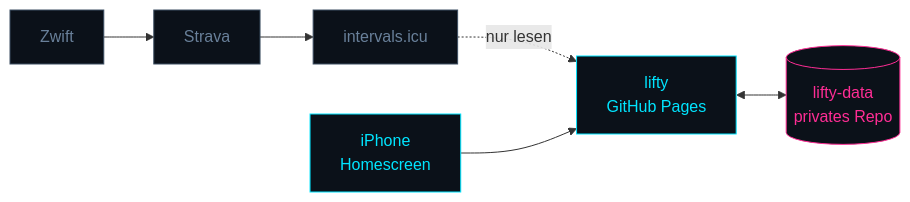
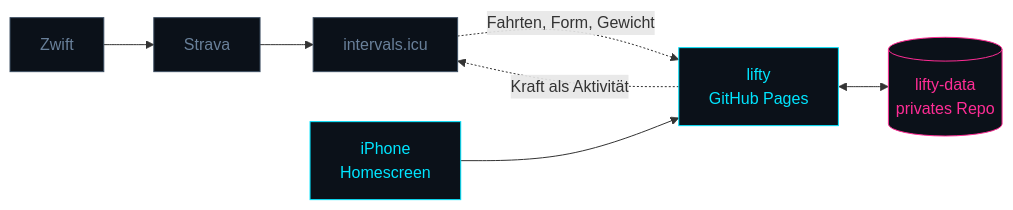
Before and after one commit to cyphomat/lifty: the first of 2 diagrams in README.md, drawn with Mermaid. The commit also changed other lines of this file, not shown here.

````diff
--- a/README.md
+++ b/README.md
@@ -21,15 +21,16 @@
 ```mermaid
 flowchart LR
   Z["Zwift"] --> S["Strava"]
   S --> I["intervals.icu"]
-  I -. nur lesen .-> A
+  I -. Fahrten, Form, Gewicht .-> A
+  A -. Kraft als Aktivität .-> I
   A["lifty<br/>GitHub Pages"] <--> D[("lifty-data<br/>privates Repo")]
   P["iPhone<br/>Homescreen"] --> A
 
   classDef fremd fill:#0b1119,stroke:#3d4f63,color:#69809a
   classDef eigen fill:#0b1119,stroke:#00e5ff,color:#00e5ff
   classDef daten fill:#0b1119,stroke:#ff2d95,color:#ff2d95
   class Z,S,I fremd
   class A,P eigen
   class D daten
 ```
````
